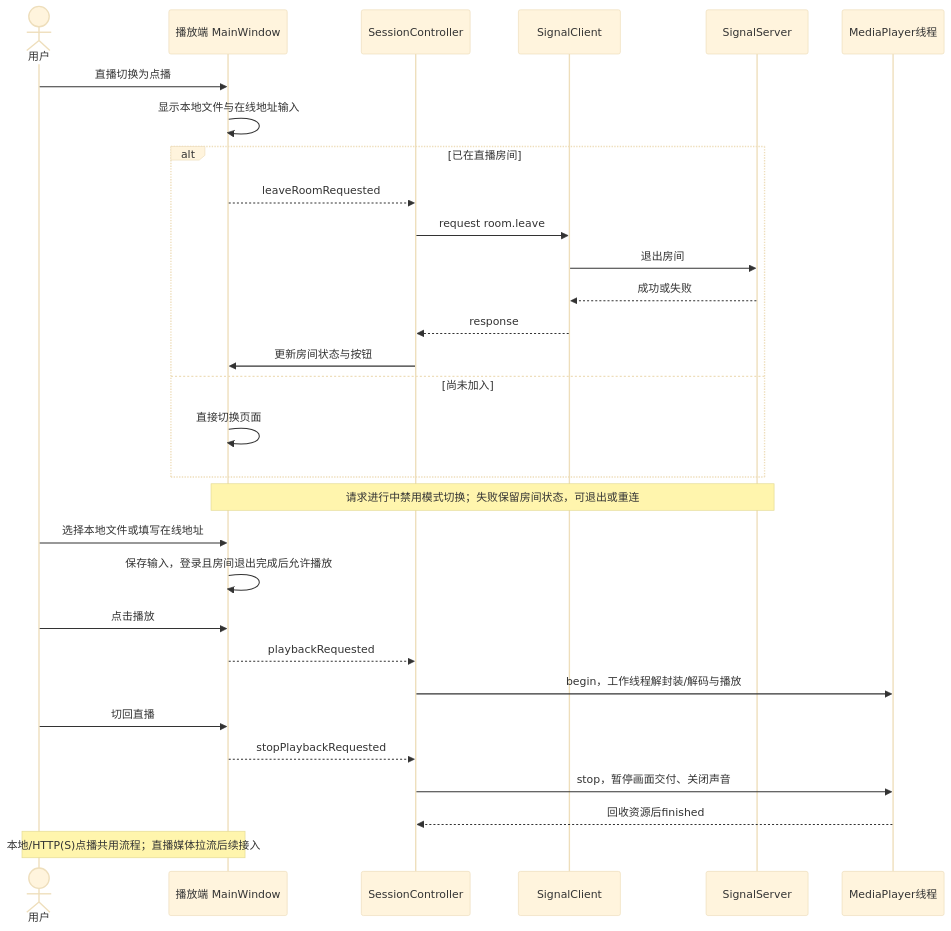
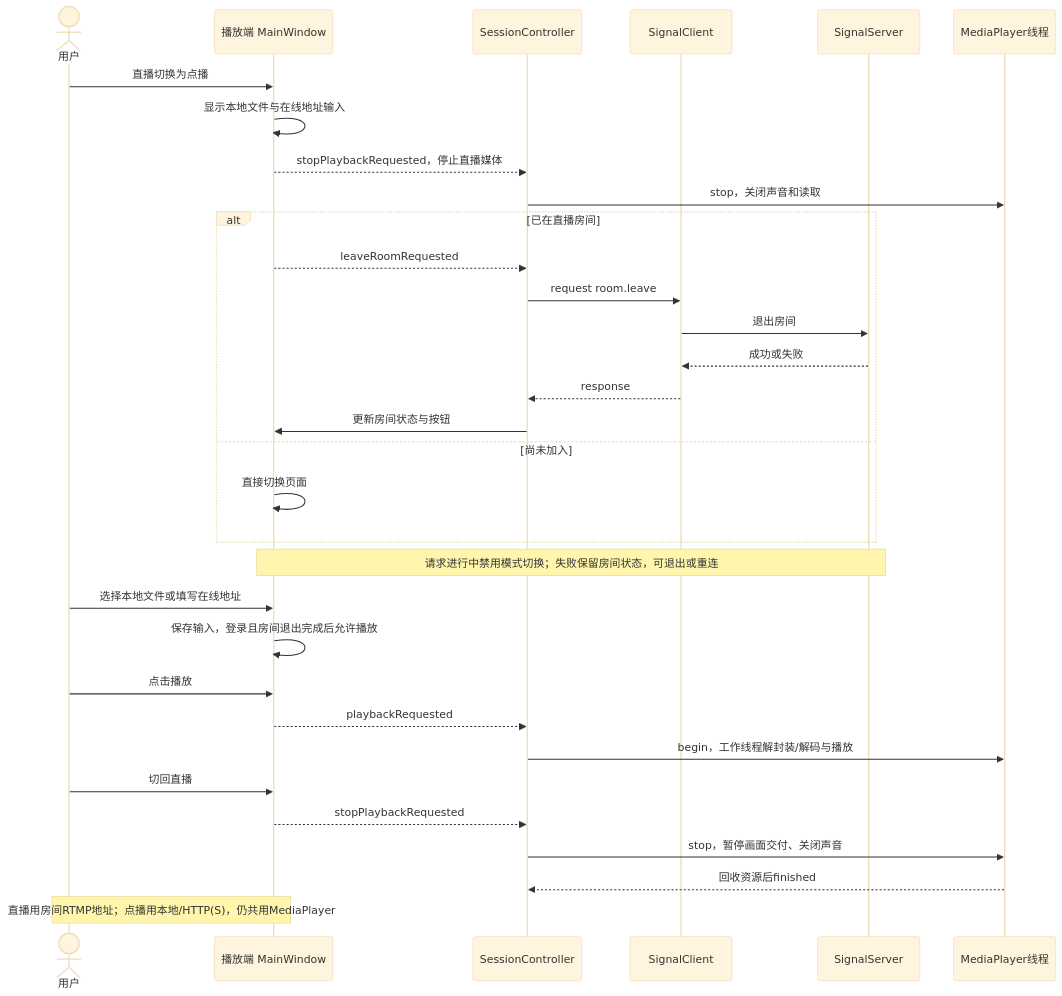
Before and after one commit to kingsman-svg/OBS: the diagram in docs/uml/client-mode.mmd, drawn with Mermaid (base theme). The commit also changed 61 other files, not shown here.

```diff
--- a/docs/uml/client-mode.mmd
+++ b/docs/uml/client-mode.mmd
@@ -1,30 +1,32 @@
 sequenceDiagram
 actor U as 用户
 participant V as 播放端 MainWindow
 participant C as SessionController
 participant N as SignalClient
 participant S as SignalServer
 participant P as MediaPlayer线程
 U->>V: 直播切换为点播
 V->>V: 显示本地文件与在线地址输入
+V-->>C: stopPlaybackRequested，停止直播媒体
+C->>P: stop，关闭声音和读取
 alt 已在直播房间
 V-->>C: leaveRoomRequested
 C->>N: request room.leave
 N->>S: 退出房间
 S-->>N: 成功或失败
 N-->>C: response
 C->>V: 更新房间状态与按钮
 else 尚未加入
 V->>V: 直接切换页面
 end
 Note over V,S: 请求进行中禁用模式切换；失败保留房间状态，可退出或重连
 U->>V: 选择本地文件或填写在线地址
 V->>V: 保存输入，登录且房间退出完成后允许播放
 U->>V: 点击播放
 V-->>C: playbackRequested
 C->>P: begin，工作线程解封装/解码与播放
 U->>V: 切回直播
 V-->>C: stopPlaybackRequested
 C->>P: stop，暂停画面交付、关闭声音
 P-->>C: 回收资源后finished
-Note over U,V: 本地/HTTP(S)点播共用流程；直播媒体拉流后续接入
+Note over U,V: 直播用房间RTMP地址；点播用本地/HTTP(S)，仍共用MediaPlayer
```
